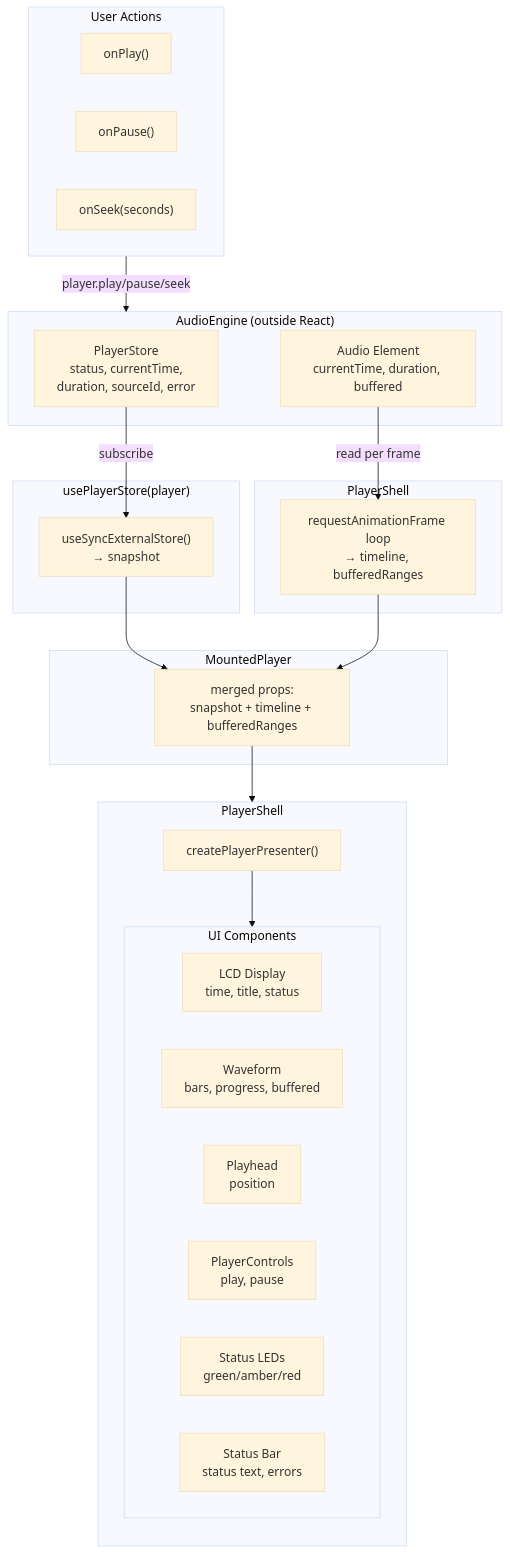
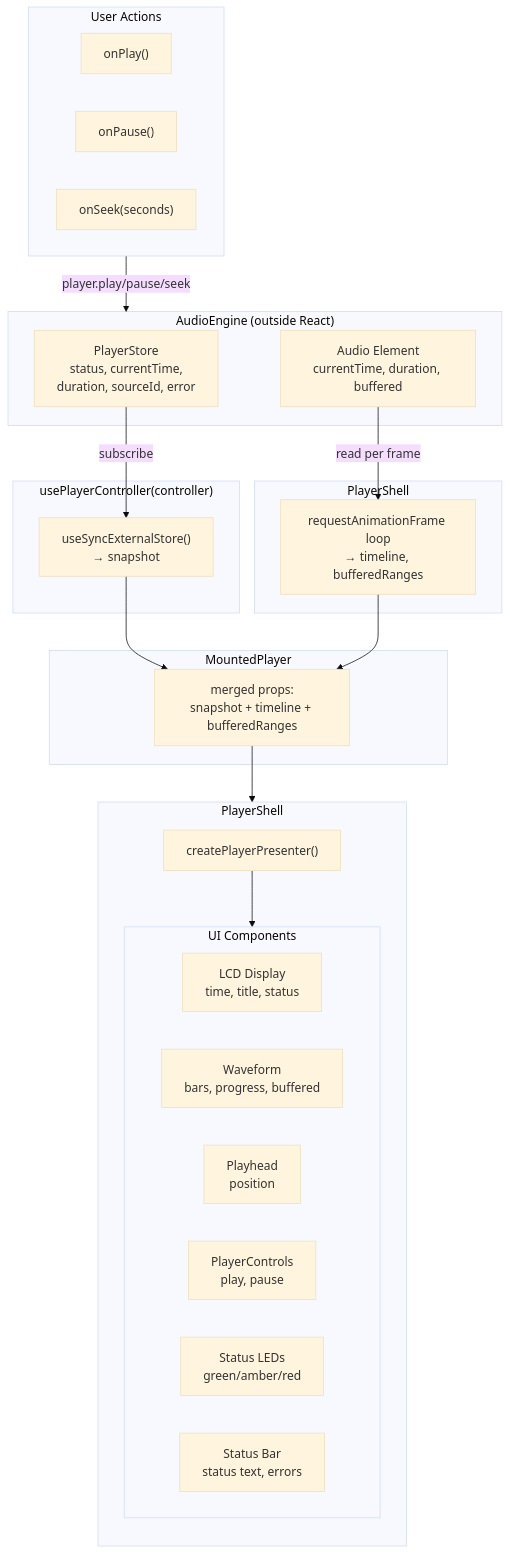
The fourth of 5 diagrams in docs/diagrams/2026-03-10-web-audio-player-flows.md (kalynbeach/kkb), drawn with Mermaid (base theme) before and after one commit. The commit also changed other lines of this file and 8 other files, not shown here.

````diff
--- a/docs/diagrams/2026-03-10-web-audio-player-flows.md
+++ b/docs/diagrams/2026-03-10-web-audio-player-flows.md
@@ -135,46 +136,46 @@
 ```mermaid
 flowchart TB
     subgraph Engine["AudioEngine (outside React)"]
         Store["PlayerStore<br/>status, currentTime,<br/>duration, sourceId, error"]
         AE["Audio Element<br/>currentTime, duration, buffered"]
     end
 
-    subgraph Hook["usePlayerStore(player)"]
+    subgraph Hook["usePlayerController(controller)"]
         USES["useSyncExternalStore()<br/>→ snapshot"]
     end
 
     subgraph ShellLoop["PlayerShell"]
         RAF["requestAnimationFrame loop<br/>→ timeline, bufferedRanges"]
     end
 
     subgraph Client["MountedPlayer"]
         Props["merged props:<br/>snapshot + timeline + bufferedRanges"]
     end
 
     subgraph Shell["PlayerShell"]
         direction TB
         P["createPlayerPresenter()"]
         subgraph Views["UI Components"]
             LCD["LCD Display<br/>time, title, status"]
             WF["Waveform<br/>bars, progress, buffered"]
             PH["Playhead<br/>position"]
             CTL["PlayerControls<br/>play, pause"]
             LED["Status LEDs<br/>green/amber/red"]
             SB["Status Bar<br/>status text, errors"]
         end
         P --> Views
     end
 
     subgraph Actions["User Actions"]
         Play["onPlay()"]
         Pause["onPause()"]
         Seek["onSeek(seconds)"]
     end
 
     Store -->|"subscribe"| USES
     AE -->|"read per frame"| RAF
     USES --> Props
     RAF --> Props
     Props --> Shell
     Actions -->|"player.play/pause/seek"| Engine
 ```
````
